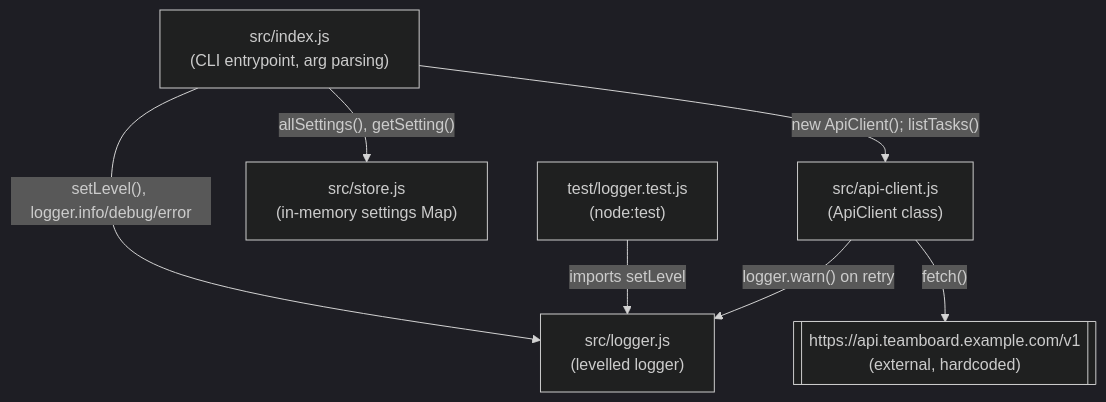
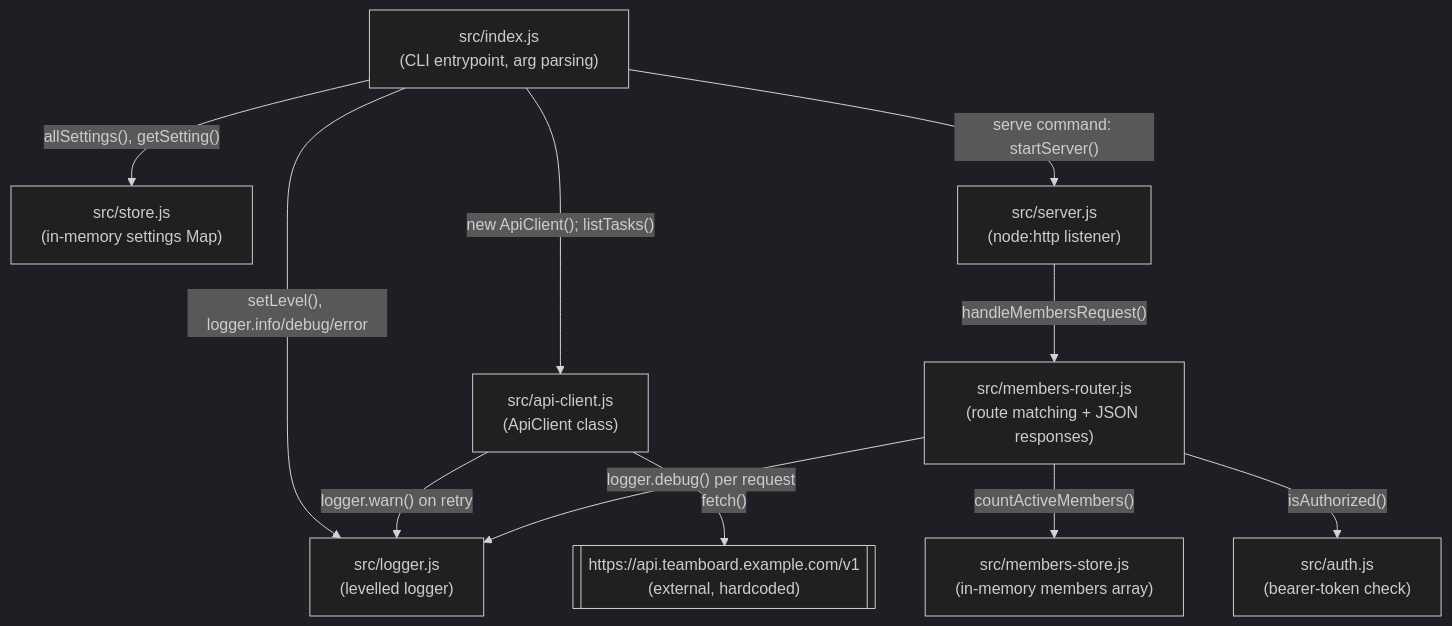
One commit to prakharFuse/teamboard changed the diagram in .backlogzero/knowledge/architecture.md. Above: the diagram before and after it, drawn with Mermaid (dark theme). The commit also changed other lines of this file and 5 other files, not shown here.

````diff
--- a/.backlogzero/knowledge/architecture.md
+++ b/.backlogzero/knowledge/architecture.md
@@ -24,16 +30,23 @@
 ```mermaid
 flowchart TD
     CLI["src/index.js\n(CLI entrypoint, arg parsing)"]
     Logger["src/logger.js\n(levelled logger)"]
     Store["src/store.js\n(in-memory settings Map)"]
     ApiClient["src/api-client.js\n(ApiClient class)"]
     Upstream[["https://api.teamboard.example.com/v1\n(external, hardcoded)"]]
-    Test["test/logger.test.js\n(node:test)"]
+    Server["src/server.js\n(node:http listener)"]
+    Router["src/members-router.js\n(route matching + JSON responses)"]
+    MembersStore["src/members-store.js\n(in-memory members array)"]
+    Auth["src/auth.js\n(bearer-token check)"]
 
     CLI -->|"setLevel(), logger.info/debug/error"| Logger
     CLI -->|"allSettings(), getSetting()"| Store
     CLI -->|"new ApiClient(); listTasks()"| ApiClient
+    CLI -->|"serve command: startServer()"| Server
     ApiClient -->|"logger.warn() on retry"| Logger
     ApiClient -->|"fetch()"| Upstream
-    Test -->|"imports setLevel"| Logger
+    Server -->|"handleMembersRequest()"| Router
+    Router -->|"countActiveMembers()"| MembersStore
+    Router -->|"isAuthorized()"| Auth
+    Router -->|"logger.debug() per request"| Logger
 ```
````
